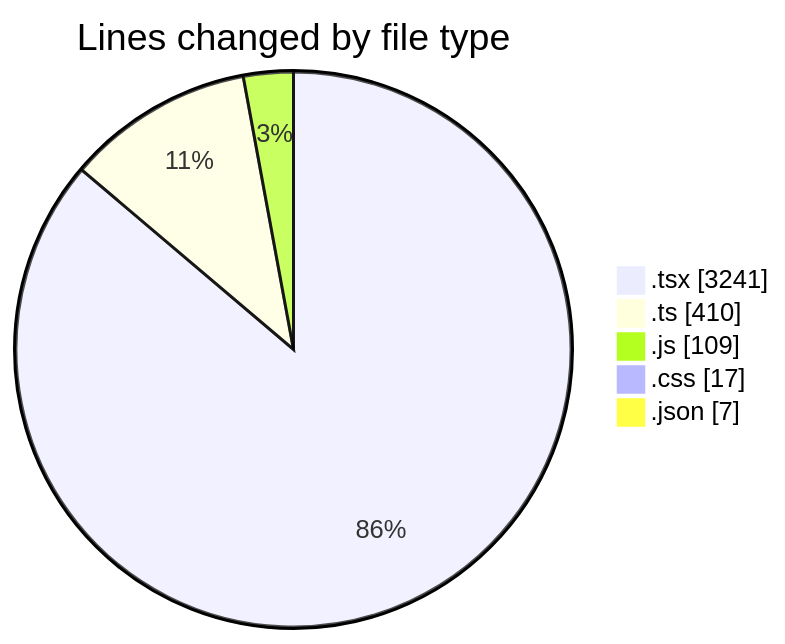
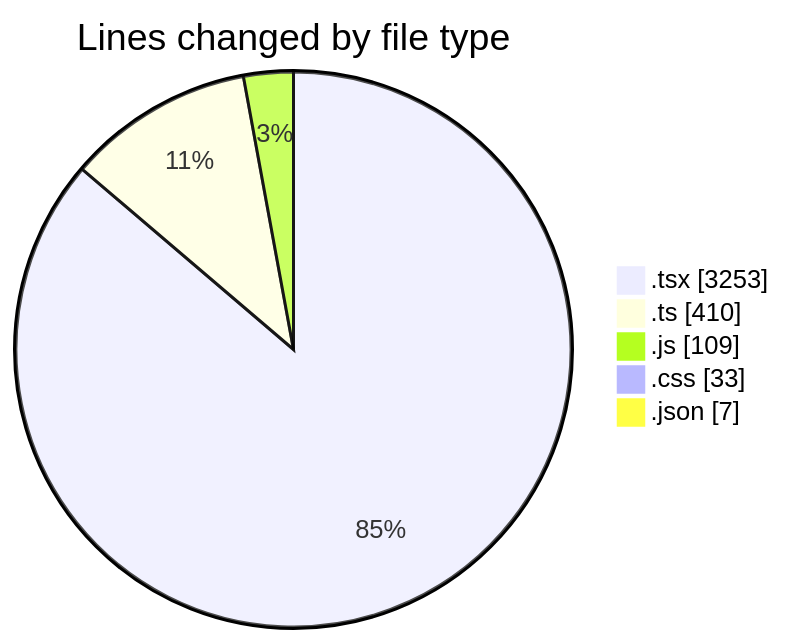
The first of 2 diagrams in 2025-01-17/mbc-web/README.md (robertbonfada/code-tracking), drawn with Mermaid before and after one commit. The commit also changed other lines of this file and 1 other file, not shown here.

````diff
--- a/2025-01-17/mbc-web/README.md
+++ b/2025-01-17/mbc-web/README.md
@@ -38,9 +39,9 @@
 ```mermaid
 pie showData
 title Lines changed by file type
-".tsx" : 3241
+".tsx" : 3253
 ".ts" : 410
 ".js" : 109
-".css" : 17
+".css" : 33
 ".json" : 7
 ```
````
